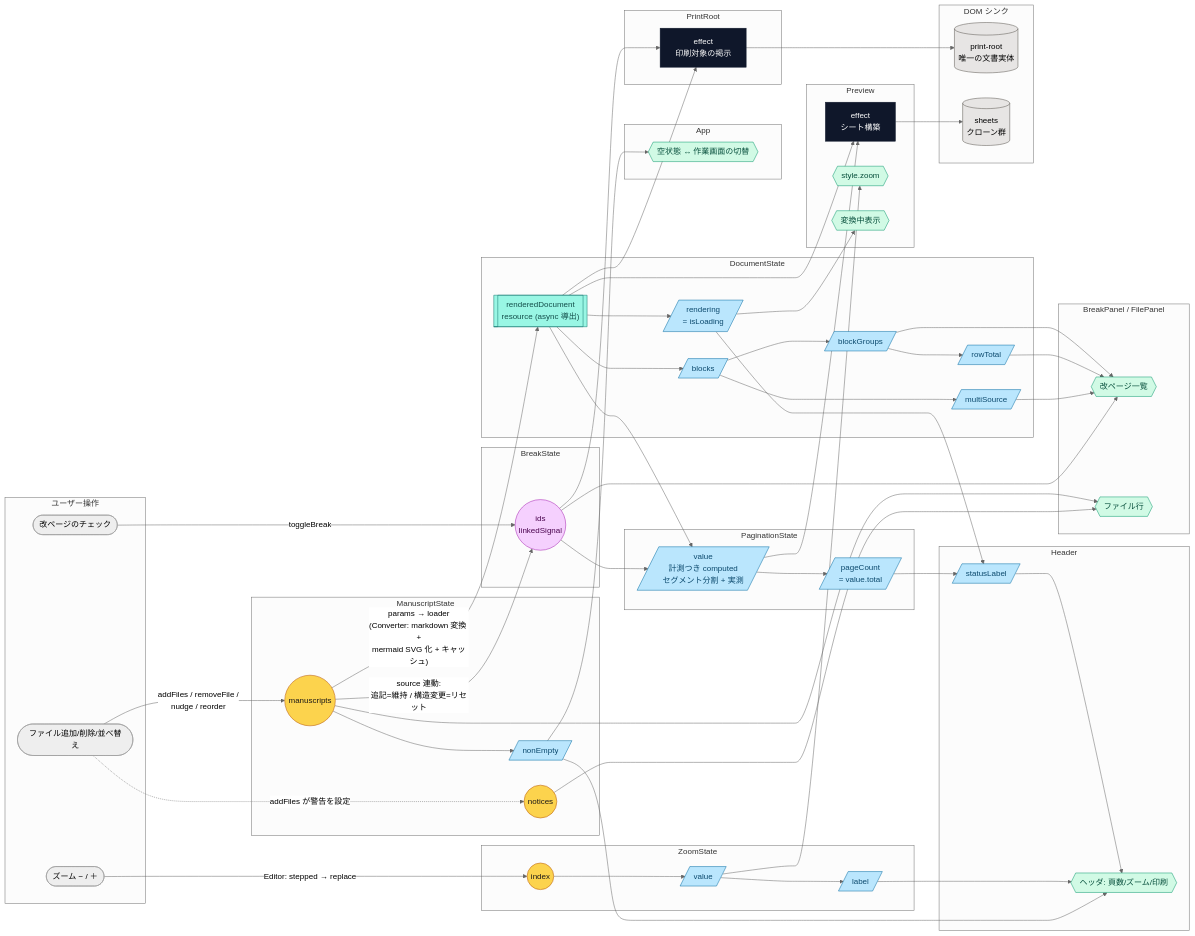
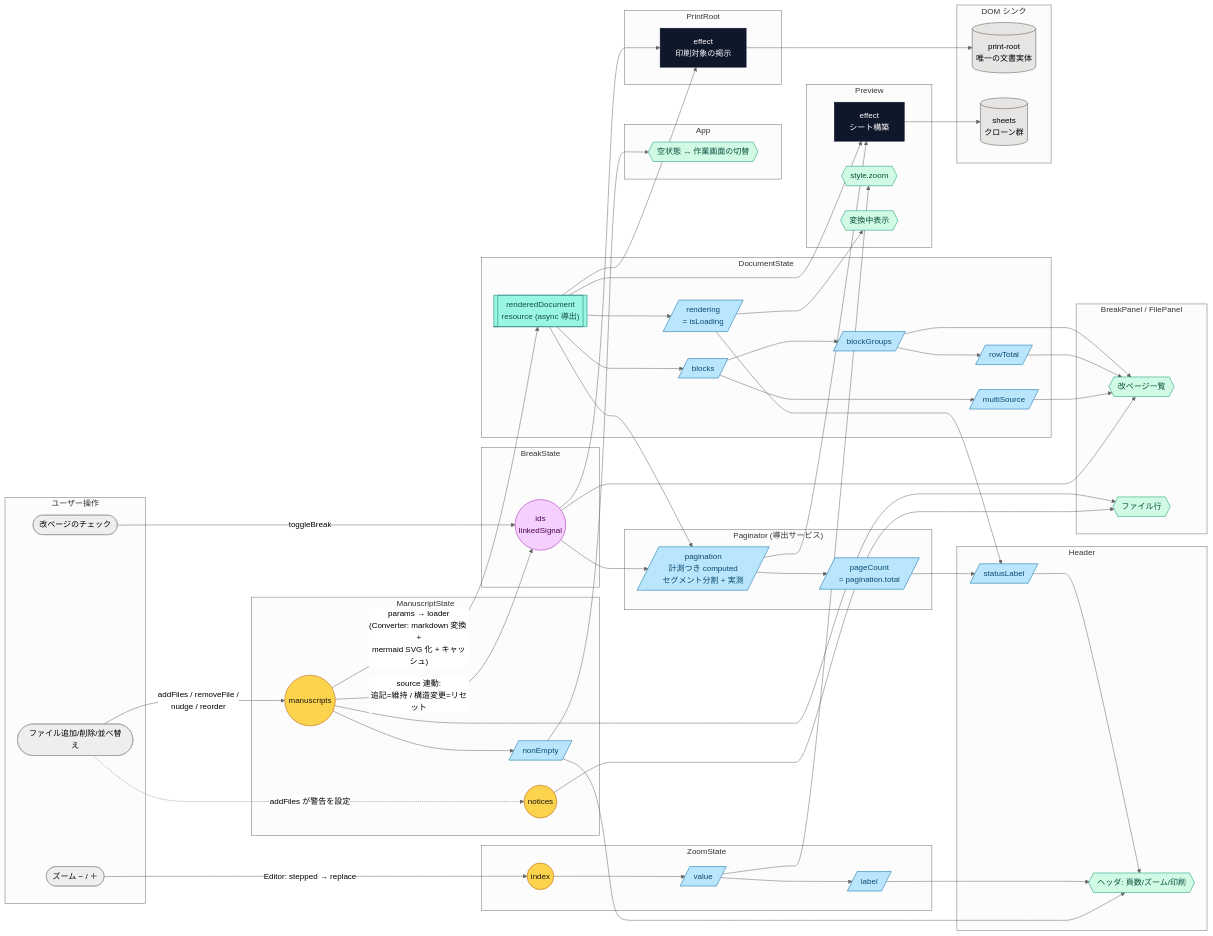
One commit to lacolaco/printmd changed the diagram in docs/signal-graph.md. Above: the diagram before and after it, drawn with Mermaid (neutral theme). The commit also changed other lines of this file and 5 other files, not shown here.

First line of the commit message:
refactor: PaginationState を導出サービス Paginator に改める

```diff
--- a/docs/signal-graph.md
+++ b/docs/signal-graph.md
@@ -36,9 +36,9 @@
     C5[/multiSource/]
   end
 
-  subgraph Pagination["PaginationState"]
-    V3[/value<br/>計測つき computed<br/>セグメント分割 + 実測/]
-    V2[/pageCount<br/>= value.total/]
+  subgraph PaginatorS["Paginator (導出サービス)"]
+    V3[/pagination<br/>計測つき computed<br/>セグメント分割 + 実測/]
+    V2[/pageCount<br/>= pagination.total/]
   end
 
   subgraph ZoomS["ZoomState"]
```
